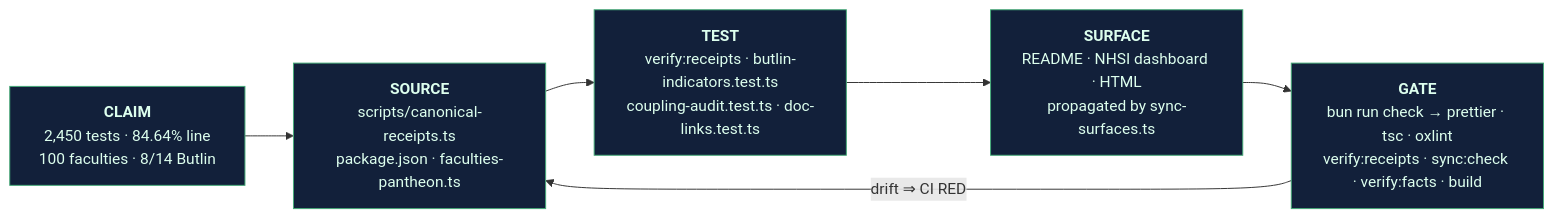
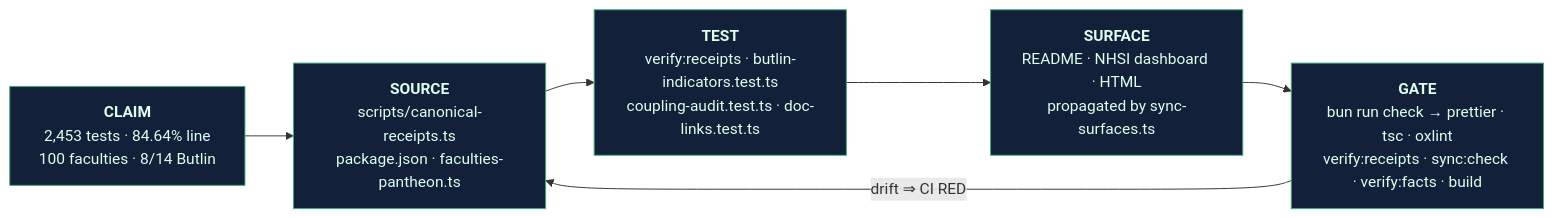
Before and after one commit to 0thernes/cosmogonic-quantum-mechalogodrom: the tenth of 16 diagrams in docs/BRAIN-NEUROLOGY-CONSCIOUSNESS-ENGINEERING-ASSESSMENT-2026-07-06.md, drawn with Mermaid. The commit also changed other lines of this file and 23 other files, not shown here.

````diff
--- a/docs/BRAIN-NEUROLOGY-CONSCIOUSNESS-ENGINEERING-ASSESSMENT-2026-07-06.md
+++ b/docs/BRAIN-NEUROLOGY-CONSCIOUSNESS-ENGINEERING-ASSESSMENT-2026-07-06.md
@@ -1791,12 +1791,12 @@
 ```mermaid
 flowchart LR
-    A["<b>CLAIM</b><br/>2,450 tests · 84.64% line<br/>100 faculties · 8/14 Butlin"]
+    A["<b>CLAIM</b><br/>2,453 tests · 84.64% line<br/>100 faculties · 8/14 Butlin"]
     B["<b>SOURCE</b><br/>scripts/canonical-receipts.ts<br/>package.json · faculties-pantheon.ts"]
     T["<b>TEST</b><br/>verify:receipts · butlin-indicators.test.ts<br/>coupling-audit.test.ts · doc-links.test.ts"]
     S["<b>SURFACE</b><br/>README · NHSI dashboard · HTML<br/>propagated by sync-surfaces.ts"]
     G["<b>GATE</b><br/>bun run check → prettier · tsc · oxlint<br/>verify:receipts · sync:check · verify:facts · build"]
     A --> B --> T --> S --> G
     G -->|"drift ⇒ CI RED"| B
     classDef n fill:#12203a,stroke:#4a7,color:#dfe;
     class A,B,T,S,G n;
 ```
````
